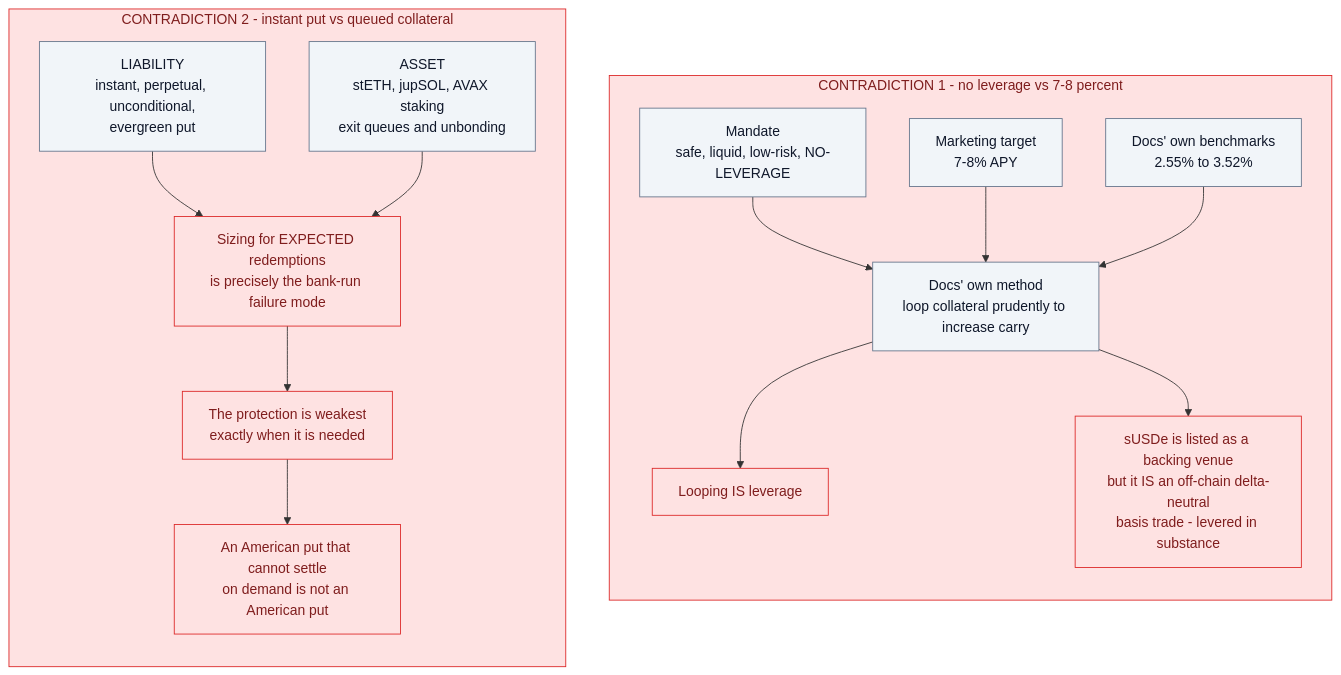
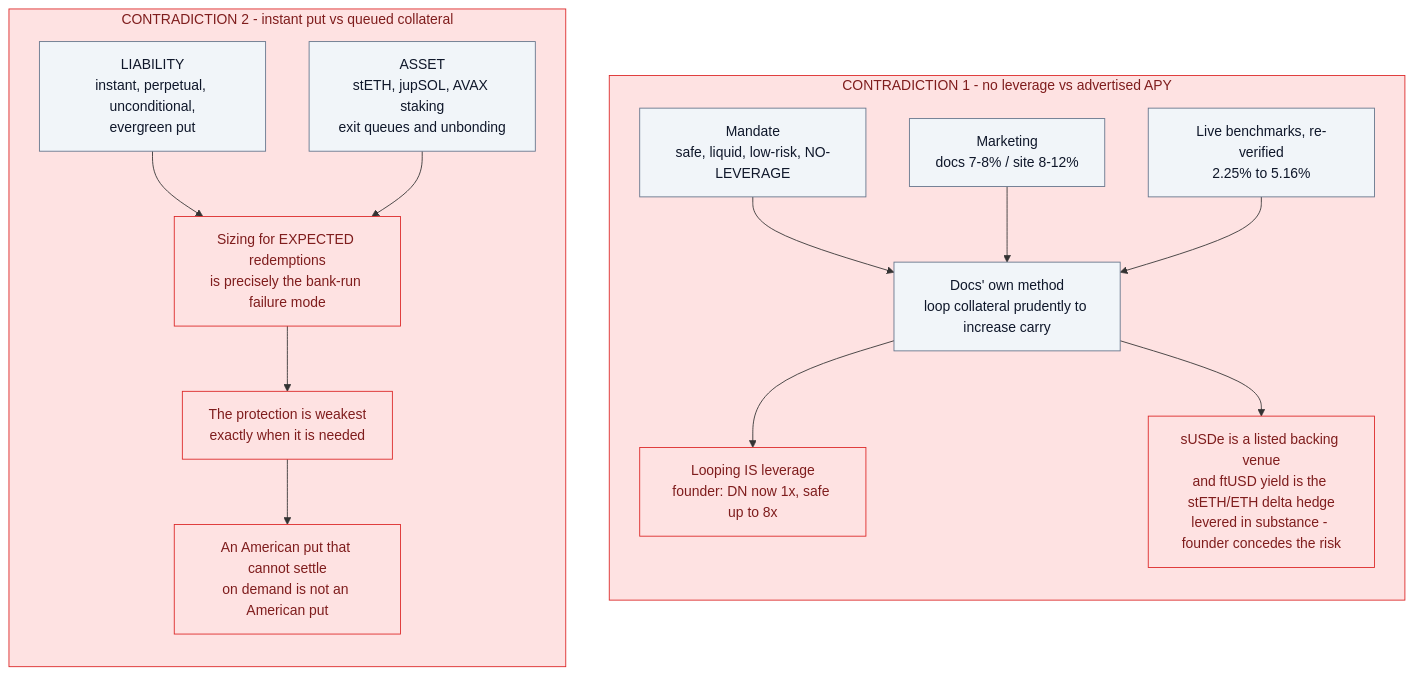
The sixth of 6 diagrams in reports/FINAL_REPORT.md (m0n3r0/flying-tulip-audit), drawn with Mermaid before and after one commit. The commit also changed other lines of this file and 5 other files, not shown here.

````diff
--- a/reports/FINAL_REPORT.md
+++ b/reports/FINAL_REPORT.md
@@ -361,33 +375,33 @@
 ```mermaid
 flowchart TB
-    subgraph C1["CONTRADICTION 1 - no leverage vs 7-8 percent"]
+    subgraph C1["CONTRADICTION 1 - no leverage vs advertised APY"]
         direction TB
         X1["Mandate<br/>safe, liquid, low-risk, NO-LEVERAGE"]
-        X2["Marketing target<br/>7-8% APY"]
-        X3["Docs' own benchmarks<br/>2.55% to 3.52%"]
+        X2["Marketing<br/>docs 7-8% / site 8-12%"]
+        X3["Live benchmarks, re-verified<br/>2.25% to 5.16%"]
         X4["Docs' own method<br/>loop collateral prudently to increase carry"]
         X1 --> X4
         X2 --> X4
         X3 --> X4
-        X4 --> X5["Looping IS leverage"]
-        X4 --> X6["sUSDe is listed as a backing venue<br/>but it IS an off-chain delta-neutral<br/>basis trade - levered in substance"]
+        X4 --> X5["Looping IS leverage<br/>founder: DN now 1x, safe up to 8x"]
+        X4 --> X6["sUSDe is a listed backing venue<br/>and ftUSD yield is the stETH/ETH delta hedge<br/>levered in substance - founder concedes the risk"]
     end
 
     subgraph C2["CONTRADICTION 2 - instant put vs queued collateral"]
         direction TB
         Y1["LIABILITY<br/>instant, perpetual, unconditional,<br/>evergreen put"]
         Y2["ASSET<br/>stETH, jupSOL, AVAX staking<br/>exit queues and unbonding"]
         Y1 --> Y3["Sizing for EXPECTED redemptions<br/>is precisely the bank-run failure mode"]
         Y2 --> Y3
         Y3 --> Y4["The protection is weakest<br/>exactly when it is needed"]
         Y4 --> Y5["An American put that cannot settle<br/>on demand is not an American put"]
     end
 
     style C1 fill:#fee2e2,stroke:#dc2626,color:#7f1d1d
     style C2 fill:#fee2e2,stroke:#dc2626,color:#7f1d1d
     classDef warn fill:#fef3c7,stroke:#d97706,color:#78350f
     classDef bad fill:#fee2e2,stroke:#dc2626,color:#7f1d1d
     classDef neutral fill:#f1f5f9,stroke:#64748b,color:#0f172a
     class X1,X2,X3,X4,Y1,Y2 neutral
     class X5,X6,Y3,Y4,Y5 bad
 ```
````
